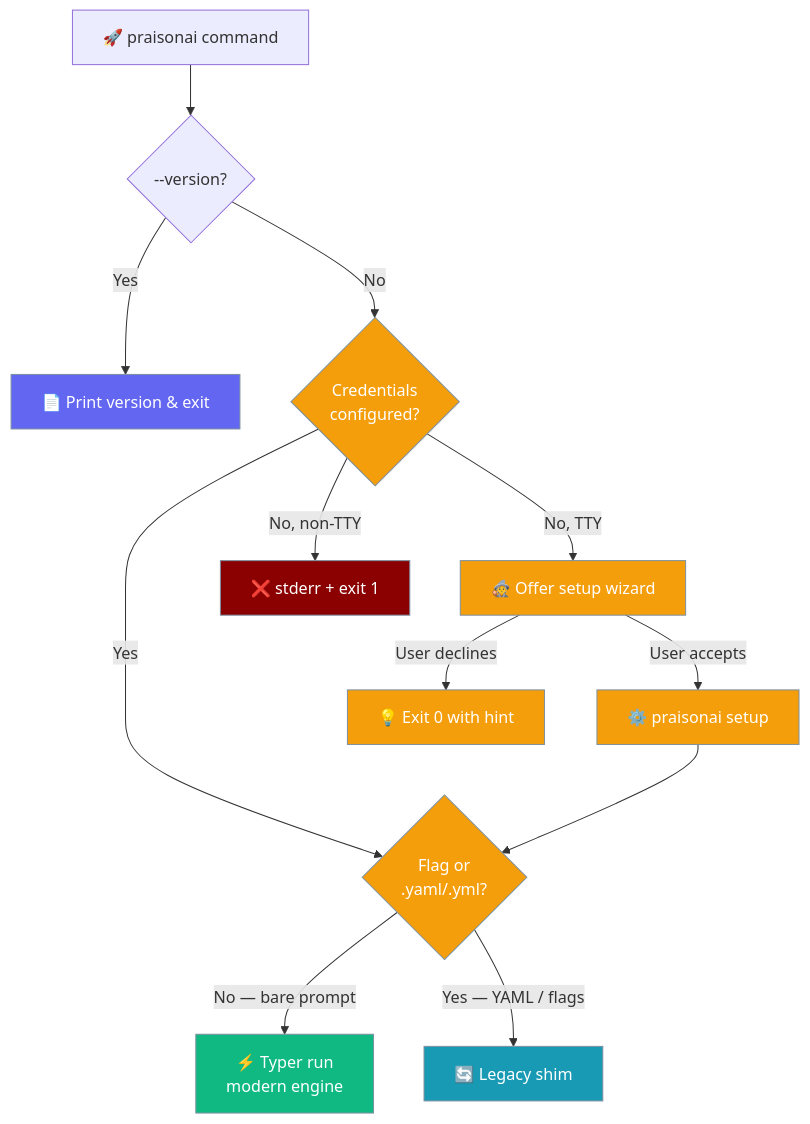
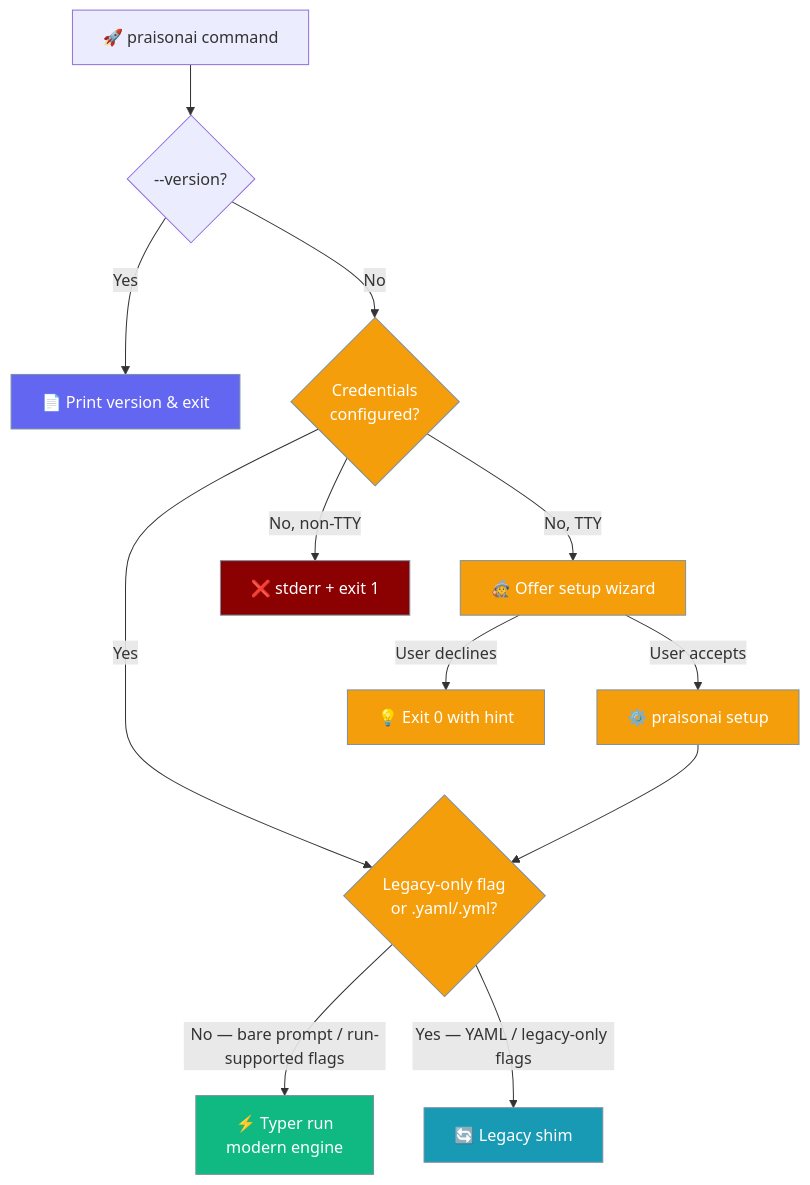
One commit to MervinPraison/PraisonAIDocs changed the first of 2 diagrams in docs/cli/cli.mdx. Above: the diagram before and after it, drawn with Mermaid. The commit also changed other lines of this file and 3 other files, not shown here.

First line of the commit message:
docs: bare prompts with run-supported flags reach the modern engine (fixes #2454)

````diff
--- a/docs/cli/cli.mdx
+++ b/docs/cli/cli.mdx
@@ -21,27 +21,27 @@
 ```mermaid
 graph TB
     Start[🚀 praisonai command] --> Version{--version?}
     Version -->|Yes| PrintVersion[📄 Print version & exit]
     Version -->|No| Auth{Credentials<br/>configured?}
     Auth -->|No, TTY| Wizard[🧙 Offer setup wizard]
     Auth -->|No, non-TTY| Err[❌ stderr + exit 1]
-    Auth -->|Yes| RouteCheck{Flag or<br/>.yaml/.yml?}
+    Auth -->|Yes| RouteCheck{Legacy-only flag<br/>or .yaml/.yml?}
     Wizard -->|User accepts| SetupRun[⚙️ praisonai setup]
     Wizard -->|User declines| Exit0[💡 Exit 0 with hint]
     SetupRun --> RouteCheck
-    RouteCheck -->|No — bare prompt| Typer[⚡ Typer run<br/>modern engine]
-    RouteCheck -->|Yes — YAML / flags| Legacy[🔄 Legacy shim]
+    RouteCheck -->|No — bare prompt / run-supported flags| Typer[⚡ Typer run<br/>modern engine]
+    RouteCheck -->|Yes — YAML / legacy-only flags| Legacy[🔄 Legacy shim]
     
     classDef version fill:#6366F1,stroke:#7C90A0,color:#fff
     classDef auth fill:#F59E0B,stroke:#7C90A0,color:#fff
     classDef error fill:#8B0000,stroke:#7C90A0,color:#fff
     classDef legacy fill:#189AB4,stroke:#7C90A0,color:#fff
     classDef typer fill:#10B981,stroke:#7C90A0,color:#fff
     
     class PrintVersion version
     class Auth,RouteCheck auth
     class Wizard,SetupRun,Exit0 auth
     class Err error
     class Legacy legacy
     class Typer typer
 ```
````
